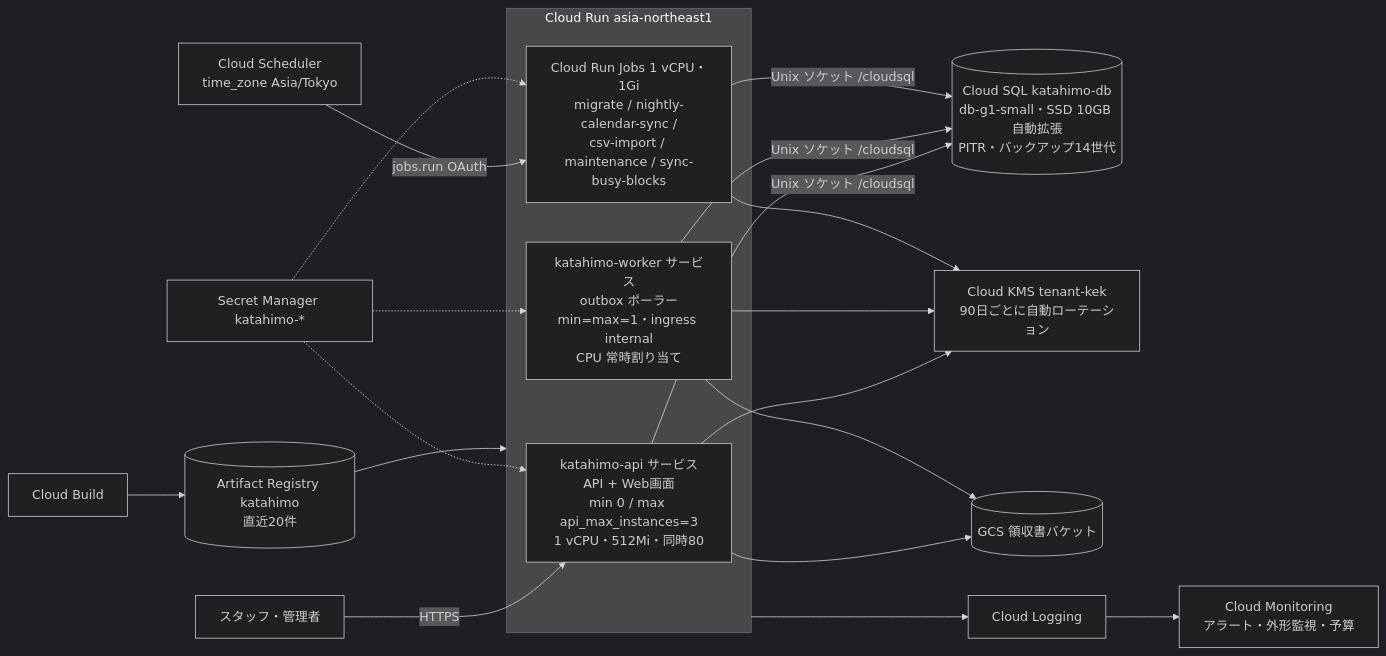
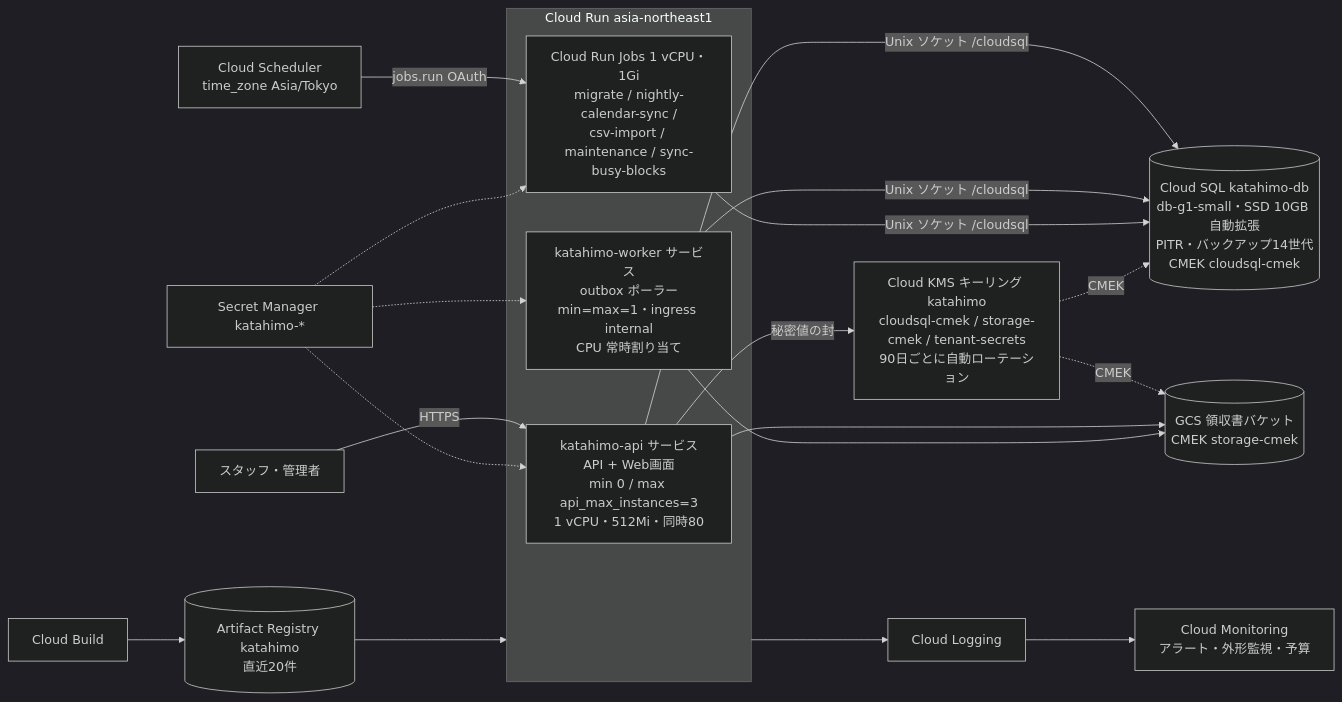
One commit to katahimo-dev/katahimo-app changed the diagram in doc/07_インフラ・運用.md. Above: the diagram before and after it, drawn with Mermaid (dark theme). The commit also changed other lines of this file and 13 other files, not shown here.

````diff
--- a/doc/07_インフラ・運用.md
+++ b/doc/07_インフラ・運用.md
@@ -23,17 +23,19 @@
 ```mermaid
 flowchart LR
   user[スタッフ・管理者] -->|HTTPS| api
   subgraph run[Cloud Run asia-northeast1]
     api[katahimo-api サービス<br/>API + Web画面<br/>min 0 / max api_max_instances=3<br/>1 vCPU・512Mi・同時80]
     worker[katahimo-worker サービス<br/>outbox ポーラー<br/>min=max=1・ingress internal<br/>CPU 常時割り当て]
     jobs[Cloud Run Jobs 1 vCPU・1Gi<br/>migrate / nightly-calendar-sync /<br/>csv-import / maintenance / sync-busy-blocks]
   end
   sched[Cloud Scheduler<br/>time_zone Asia/Tokyo] -->|jobs.run OAuth| jobs
-  api & worker & jobs -->|Unix ソケット /cloudsql| sql[(Cloud SQL katahimo-db<br/>db-g1-small・SSD 10GB 自動拡張<br/>PITR・バックアップ14世代)]
-  api & worker & jobs --> kms[Cloud KMS tenant-kek<br/>90日ごとに自動ローテーション]
+  api & worker & jobs -->|Unix ソケット /cloudsql| sql[(Cloud SQL katahimo-db<br/>db-g1-small・SSD 10GB 自動拡張<br/>PITR・バックアップ14世代<br/>CMEK cloudsql-cmek)]
+  kms[Cloud KMS キーリング katahimo<br/>cloudsql-cmek / storage-cmek / tenant-secrets<br/>90日ごとに自動ローテーション]
+  kms -.->|CMEK| sql & gcs
+  api -->|秘密値の封| kms
   sm[Secret Manager katahimo-*] -.-> api & worker & jobs
-  api --> gcs[(GCS 領収書バケット)]
+  api --> gcs[(GCS 領収書バケット<br/>CMEK storage-cmek)]
   worker --> gcs
   cb[Cloud Build] --> ar[(Artifact Registry katahimo<br/>直近20件)] --> run
   run --> logging[Cloud Logging] --> mon[Cloud Monitoring<br/>アラート・外形監視・予算]
 ```
````
